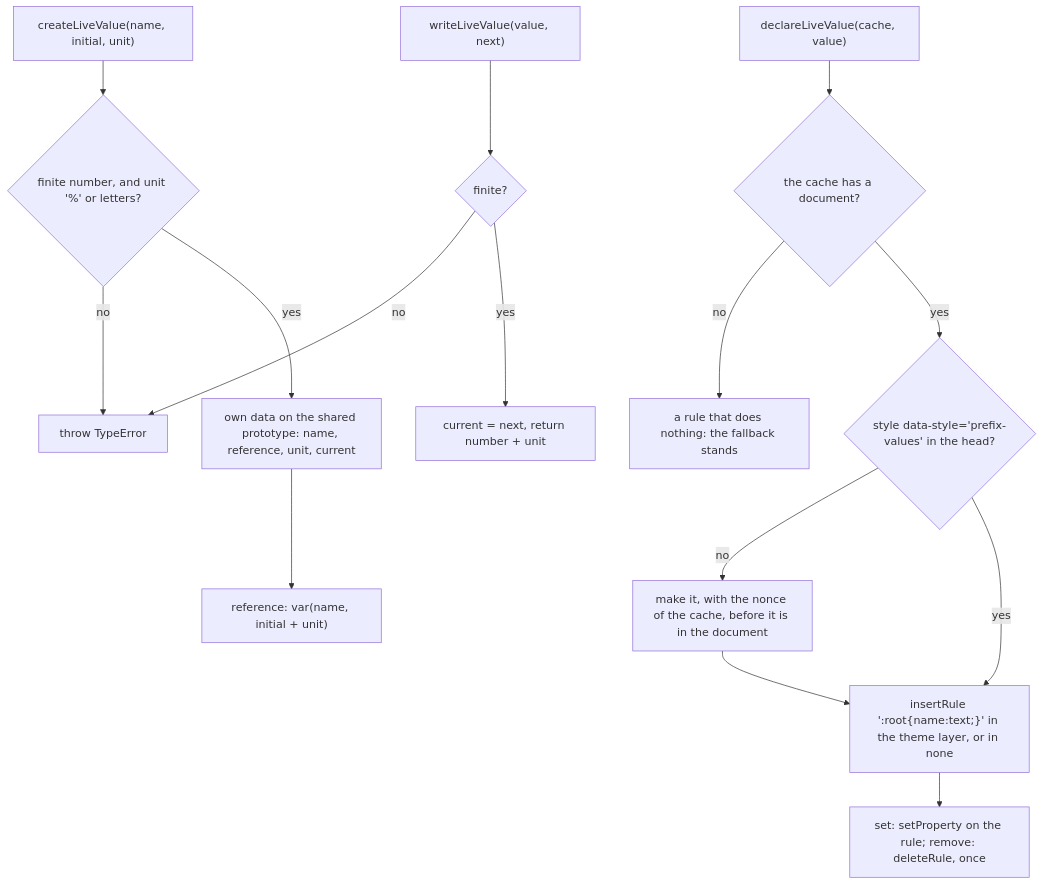
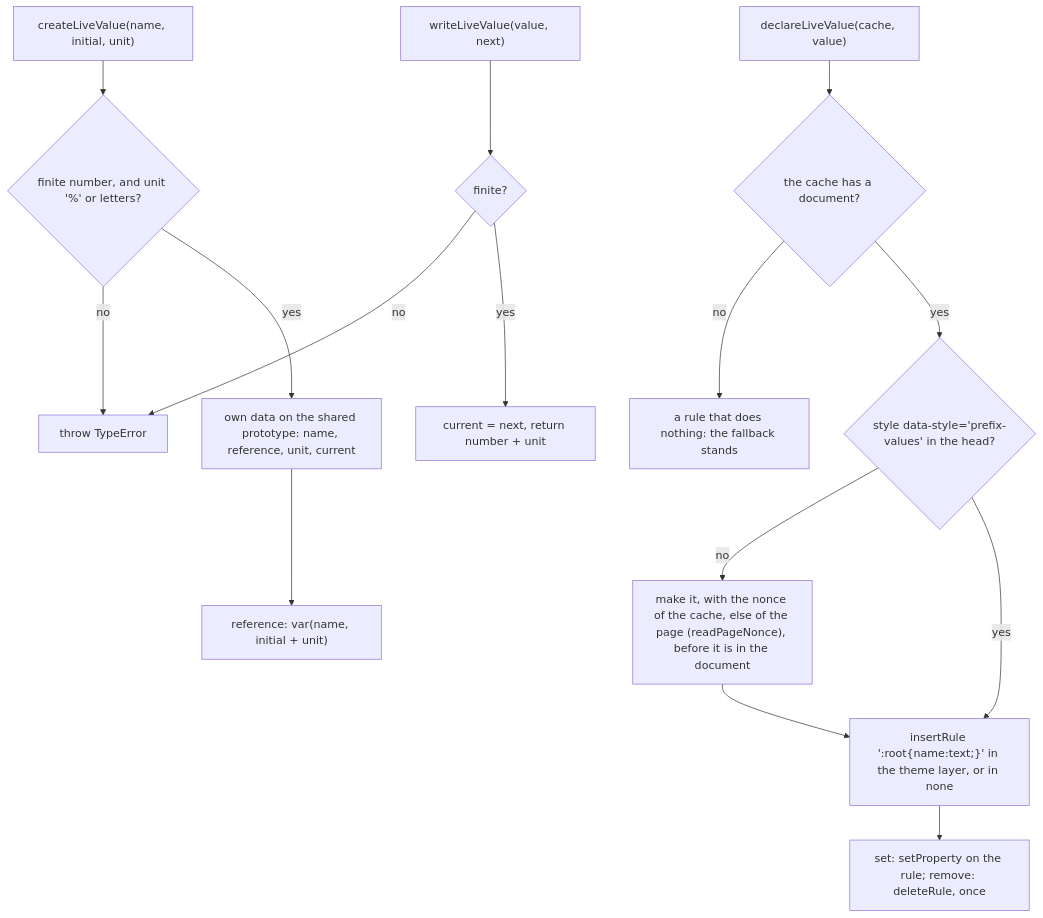
Before and after one commit to soroush-tech/umber-style: the diagram in packages/core/src/liveValue.md, drawn with Mermaid. The commit also changed other lines of this file and 42 other files, not shown here.

Commit message:
fix: a client component under a server ThemeProvider gets the base theme on every path, and the browser cache's style elements take the page's nonce, so styles built in the browser apply under a strict policy - close #71

````diff
--- a/packages/core/src/liveValue.md
+++ b/packages/core/src/liveValue.md
@@ -21,17 +21,17 @@
 ```mermaid
 flowchart TD
   make["createLiveValue(name, initial, unit)"] --> check{"finite number, and unit '%' or letters?"}
   check -->|no| fail["throw TypeError"]
   check -->|yes| data["own data on the shared prototype: name, reference, unit, current"]
   data --> ref["reference: var(name, initial + unit)"]
   declare["declareLiveValue(cache, value)"] --> page{"the cache has a document?"}
   page -->|no| none["a rule that does nothing: the fallback stands"]
   page -->|yes| element{"style data-style='prefix-values' in the head?"}
-  element -->|no| create["make it, with the nonce of the cache, before it is in the document"]
+  element -->|no| create["make it, with the nonce of the cache, else of the page (readPageNonce), before it is in the document"]
   element -->|yes| insert
   create --> insert["insertRule ':root{name:text;}' in the theme layer, or in none"]
   insert --> handle["set: setProperty on the rule; remove: deleteRule, once"]
   write["writeLiveValue(value, next)"] --> finite{"finite?"}
   finite -->|no| fail
   finite -->|yes| text["current = next, return number + unit"]
 ```
````
